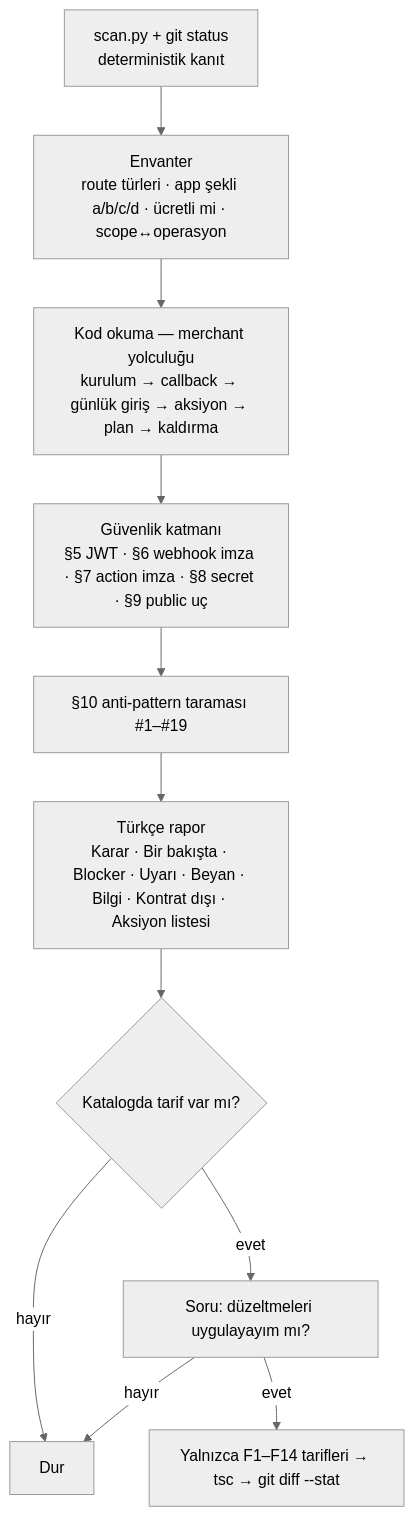
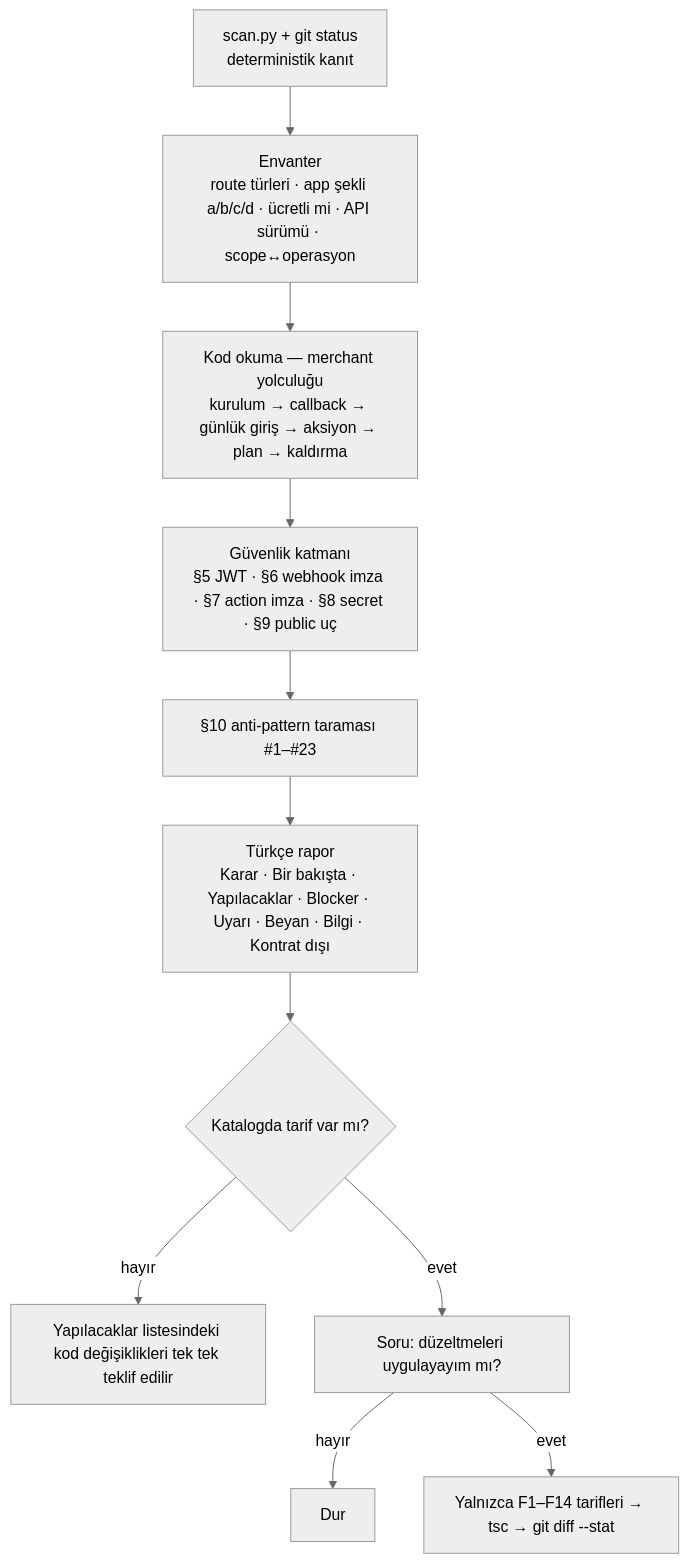
One commit to ikascom/ikas-app-skills changed the diagram in README.md. Above: the diagram before and after it, drawn with Mermaid (neutral theme). The commit also changed other lines of this file and 2 other files, not shown here.

First line of the commit message:
ruleset: S1 closed (not reproducible with identical scopes), E6 scope-rewrite mechanism; README for public release; plugin 0.3.8

````diff
--- a/README.md
+++ b/README.md
@@ -55,13 +87,13 @@
 ```mermaid
 flowchart TD
-    A[scan.py + git status<br/>deterministik kanıt] --> B[Envanter<br/>route türleri · app şekli a/b/c/d · ücretli mi · scope↔operasyon]
+    A[scan.py + git status<br/>deterministik kanıt] --> B[Envanter<br/>route türleri · app şekli a/b/c/d · ücretli mi · API sürümü · scope↔operasyon]
     B --> C[Kod okuma — merchant yolculuğu<br/>kurulum → callback → günlük giriş → aksiyon → plan → kaldırma]
     C --> D[Güvenlik katmanı<br/>§5 JWT · §6 webhook imza · §7 action imza · §8 secret · §9 public uç]
-    D --> E[§10 anti-pattern taraması #1–#19]
-    E --> F[Türkçe rapor<br/>Karar · Bir bakışta · Blocker · Uyarı · Beyan · Bilgi · Kontrat dışı · Aksiyon listesi]
+    D --> E[§10 anti-pattern taraması #1–#23]
+    E --> F[Türkçe rapor<br/>Karar · Bir bakışta · Yapılacaklar · Blocker · Uyarı · Beyan · Bilgi · Kontrat dışı]
     F --> G{Katalogda tarif var mı?}
-    G -- hayır --> H[Dur]
+    G -- hayır --> H[Yapılacaklar listesindeki kod değişiklikleri tek tek teklif edilir]
     G -- evet --> I[Soru: düzeltmeleri uygulayayım mı?]
-    I -- hayır --> H
-    I -- evet --> J[Yalnızca F1–F14 tarifleri → tsc → git diff --stat]
+    I -- hayır --> J[Dur]
+    I -- evet --> K[Yalnızca F1–F14 tarifleri → tsc → git diff --stat]
 ```
````
